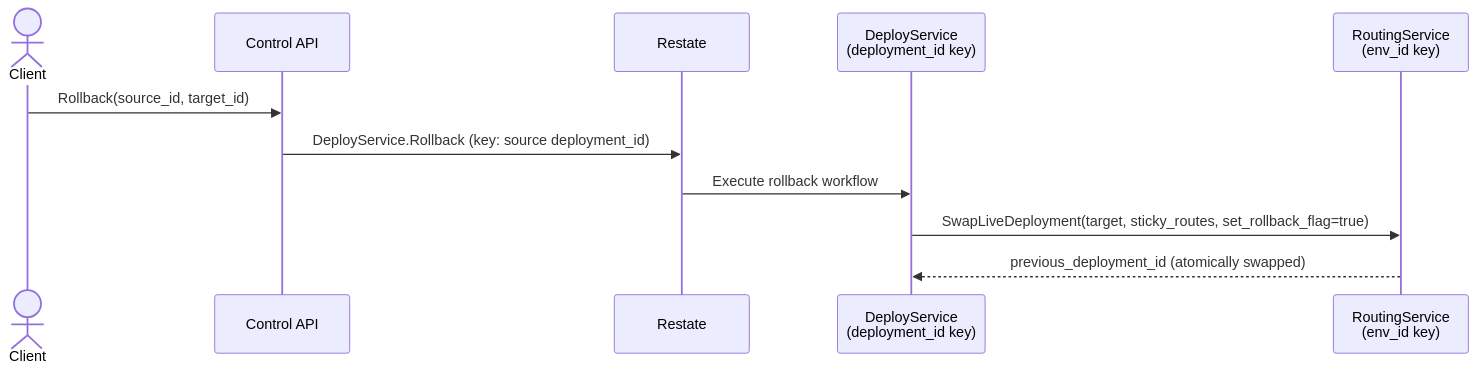
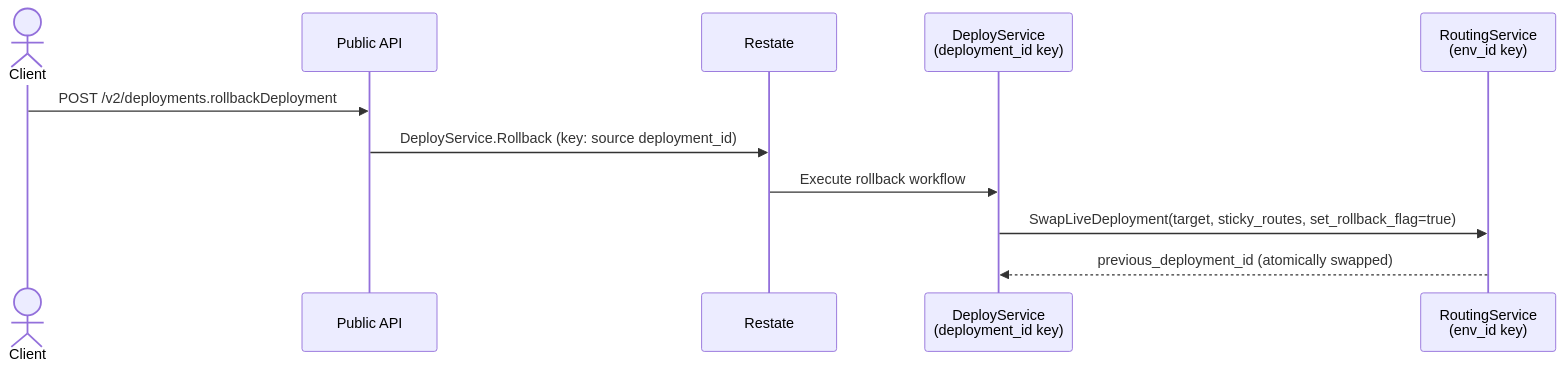
Before and after one commit to unkeyed/unkey: the fourth of 4 diagrams in docs/engineering/architecture/services/control-plane/worker/workflows/deployments.mdx, drawn with Mermaid. The commit also changed other lines of this file and 19 other files, not shown here.

````diff
--- a/docs/engineering/architecture/services/control-plane/worker/workflows/deployments.mdx
+++ b/docs/engineering/architecture/services/control-plane/worker/workflows/deployments.mdx
@@ -137,14 +137,14 @@
 ```mermaid
 sequenceDiagram
   actor Client
-  participant CtrlAPI as Control API
+  participant PublicAPI as Public API
   participant Restate as Restate
   participant Worker as DeployService<br/>(deployment_id key)
   participant Routing as RoutingService<br/>(env_id key)
 
-  Client->>CtrlAPI: Rollback(source_id, target_id)
-  CtrlAPI->>Restate: DeployService.Rollback (key: source deployment_id)
+  Client->>PublicAPI: POST /v2/deployments.rollbackDeployment
+  PublicAPI->>Restate: DeployService.Rollback (key: source deployment_id)
   Restate->>Worker: Execute rollback workflow
   Worker->>Routing: SwapLiveDeployment(target, sticky_routes, set_rollback_flag=true)
   Routing-->>Worker: previous_deployment_id (atomically swapped)
 ```
````
